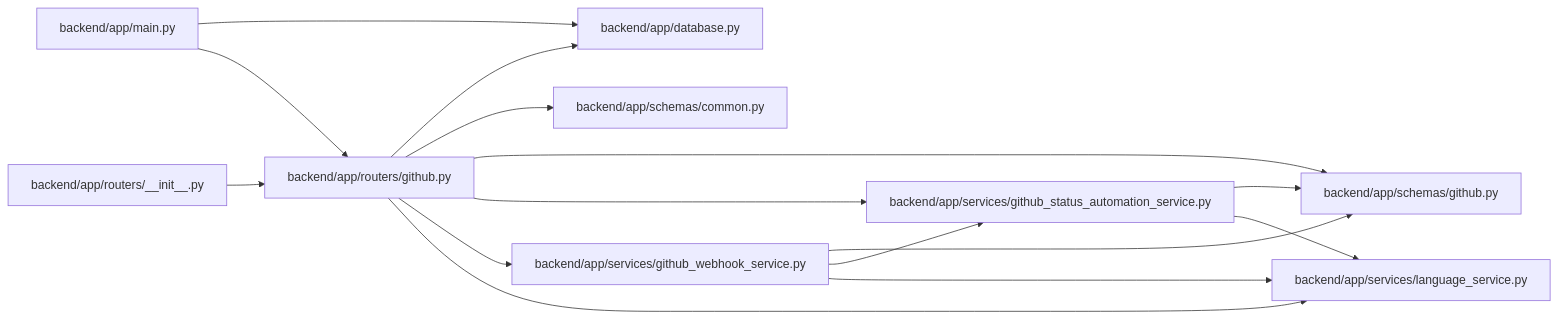
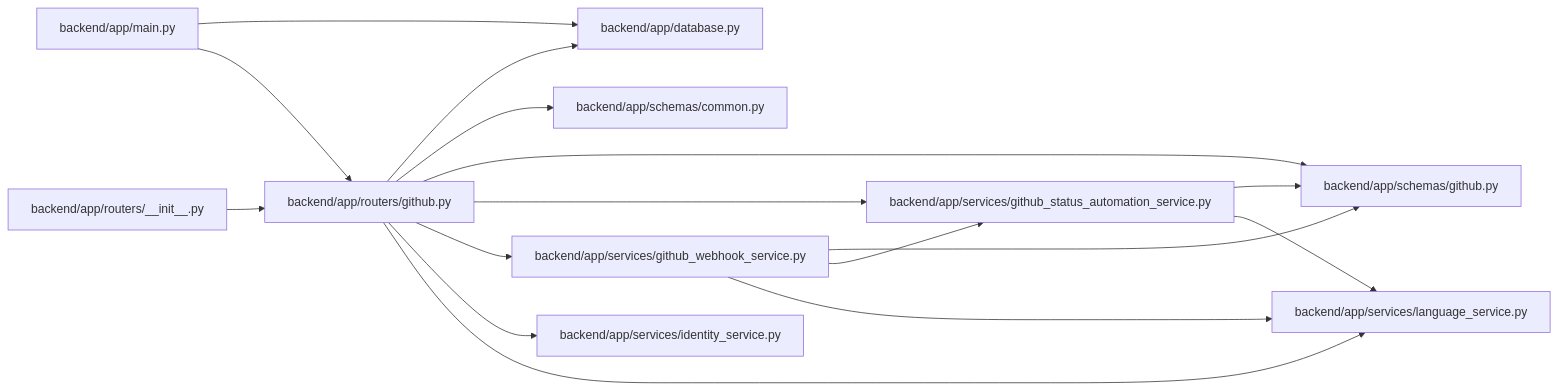
Before and after one commit to Denissvgn/WorkChord: the diagram in docs/llm_wiki/modules/routers_github.md, drawn with Mermaid. The commit also changed other lines of this file and 958 other files, not shown here.

First line of the commit message:
docs(wiki): refresh identity and recovery architecture

````diff
--- a/docs/llm_wiki/modules/routers_github.md
+++ b/docs/llm_wiki/modules/routers_github.md
@@ -27,35 +28,38 @@
 ```mermaid
 flowchart LR
     n0["backend/app/database.py"]
     n1["backend/app/main.py"]
     n2["backend/app/routers/__init__.py"]
     n3["backend/app/routers/github.py"]
     n4["backend/app/schemas/common.py"]
     n5["backend/app/schemas/github.py"]
     n6["backend/app/services/github_status_automation_service.py"]
     n7["backend/app/services/github_webhook_service.py"]
-    n8["backend/app/services/language_service.py"]
+    n8["backend/app/services/identity_service.py"]
+    n9["backend/app/services/language_service.py"]
     n1 --> n0
     n1 --> n3
     n2 --> n3
     n3 --> n0
     n3 --> n4
     n3 --> n5
     n3 --> n6
     n3 --> n7
     n3 --> n8
+    n3 --> n9
     n6 --> n5
-    n6 --> n8
+    n6 --> n9
     n7 --> n5
     n7 --> n6
-    n7 --> n8
+    n7 --> n9
     click n0 "../modules/app_database.md"
     click n1 "../modules/app_main.md"
     click n2 "../modules/routers___init__.md"
     click n3 "../modules/routers_github.md"
     click n4 "../modules/schemas_common.md"
     click n5 "../modules/schemas_github.md"
     click n6 "../modules/github_status_automation_service.md"
     click n7 "../modules/github_webhook_service.md"
-    click n8 "../modules/language_service.md"
+    click n8 "../modules/identity_service.md"
+    click n9 "../modules/language_service.md"
 ```
````
